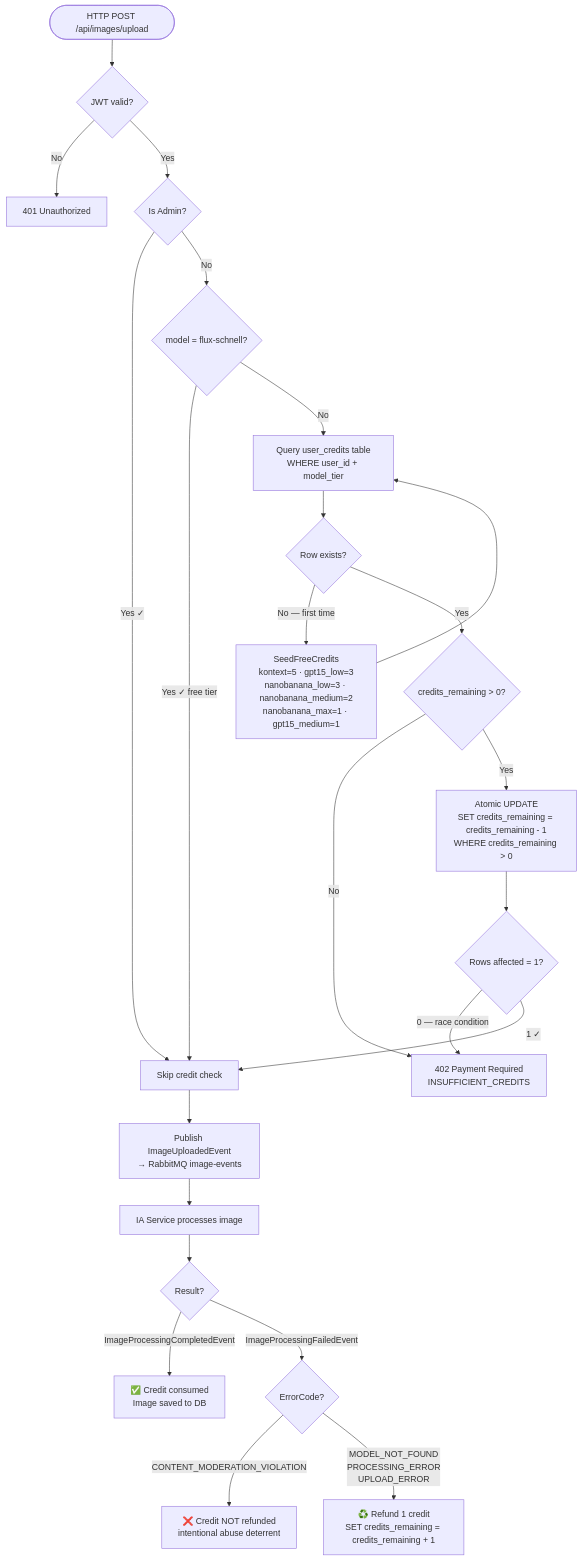
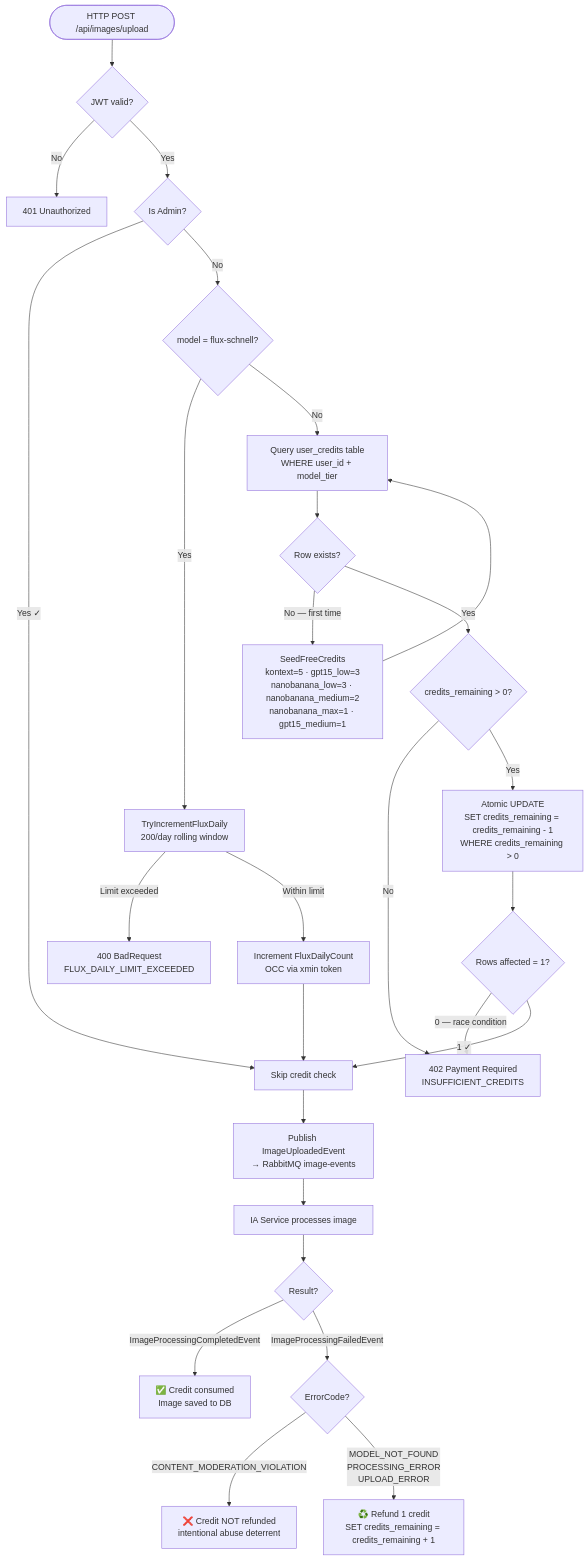
One commit to Jhon6723/capstone-software-development-5-service changed diagram 12 of 14 in docs/ia-architecture/ia-architecture.md. Above: the diagram before and after it, drawn with Mermaid. The commit also changed other lines of this file, not shown here.

First line of the commit message:
docs(ia-architecture): document OCC pattern for flux-schnell

````diff
--- a/docs/ia-architecture/ia-architecture.md
+++ b/docs/ia-architecture/ia-architecture.md
@@ -1093,34 +1113,37 @@
 ```mermaid
 flowchart TD
     A([HTTP POST /api/images/upload]) --> B{JWT valid?}
     B -->|No| B1[401 Unauthorized]
     B -->|Yes| C{Is Admin?}
 
     C -->|Yes ✓| BYPASS[Skip credit check]
     C -->|No| D{model = flux-schnell?}
 
-    D -->|Yes ✓ free tier| BYPASS
+    D -->|Yes| FS[TryIncrementFluxDaily\n200/day rolling window]
+    FS -->|Limit exceeded| FX[400 BadRequest\nFLUX_DAILY_LIMIT_EXCEEDED]
+    FS -->|Within limit| FS1[Increment FluxDailyCount\nOCC via xmin token]
+    FS1 --> BYPASS
     D -->|No| E[Query user_credits table\nWHERE user_id + model_tier]
 
     E --> F{Row exists?}
     F -->|No — first time| G[SeedFreeCredits\nkontext=5 · gpt15_low=3\nnanobanana_low=3 · nanobanana_medium=2\nnanobanana_max=1 · gpt15_medium=1]
     G --> E
 
     F -->|Yes| H{credits_remaining > 0?}
     H -->|No| I[402 Payment Required\nINSUFFICIENT_CREDITS]
     H -->|Yes| J[Atomic UPDATE\nSET credits_remaining = credits_remaining - 1\nWHERE credits_remaining > 0]
 
     J --> K{Rows affected = 1?}
     K -->|0 — race condition| I
     K -->|1 ✓| BYPASS
 
     BYPASS --> L[Publish ImageUploadedEvent\n→ RabbitMQ image-events]
     L --> M[IA Service processes image]
 
     M --> N{Result?}
     N -->|ImageProcessingCompletedEvent| O[✅ Credit consumed\nImage saved to DB]
     N -->|ImageProcessingFailedEvent| P{ErrorCode?}
 
     P -->|CONTENT_MODERATION_VIOLATION| Q[❌ Credit NOT refunded\nintentional abuse deterrent]
     P -->|MODEL_NOT_FOUND\nPROCESSING_ERROR\nUPLOAD_ERROR| R[♻️ Refund 1 credit\nSET credits_remaining = credits_remaining + 1]
 ```
````
